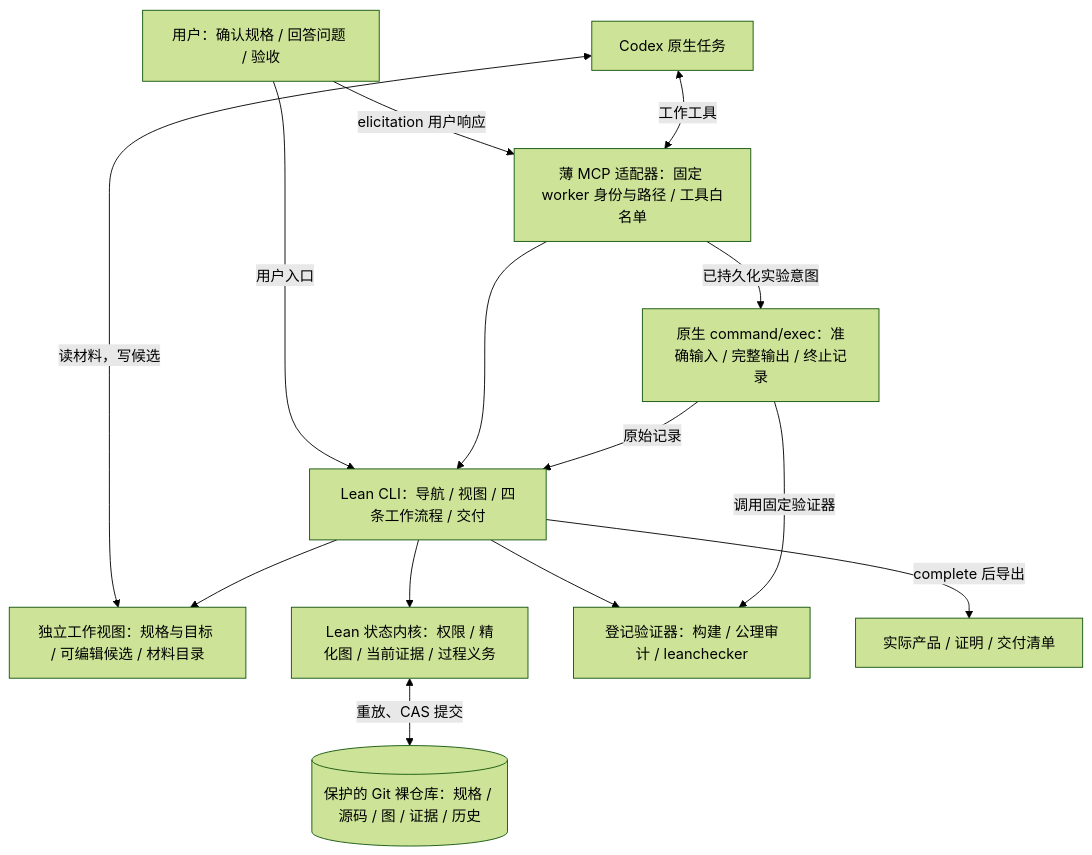
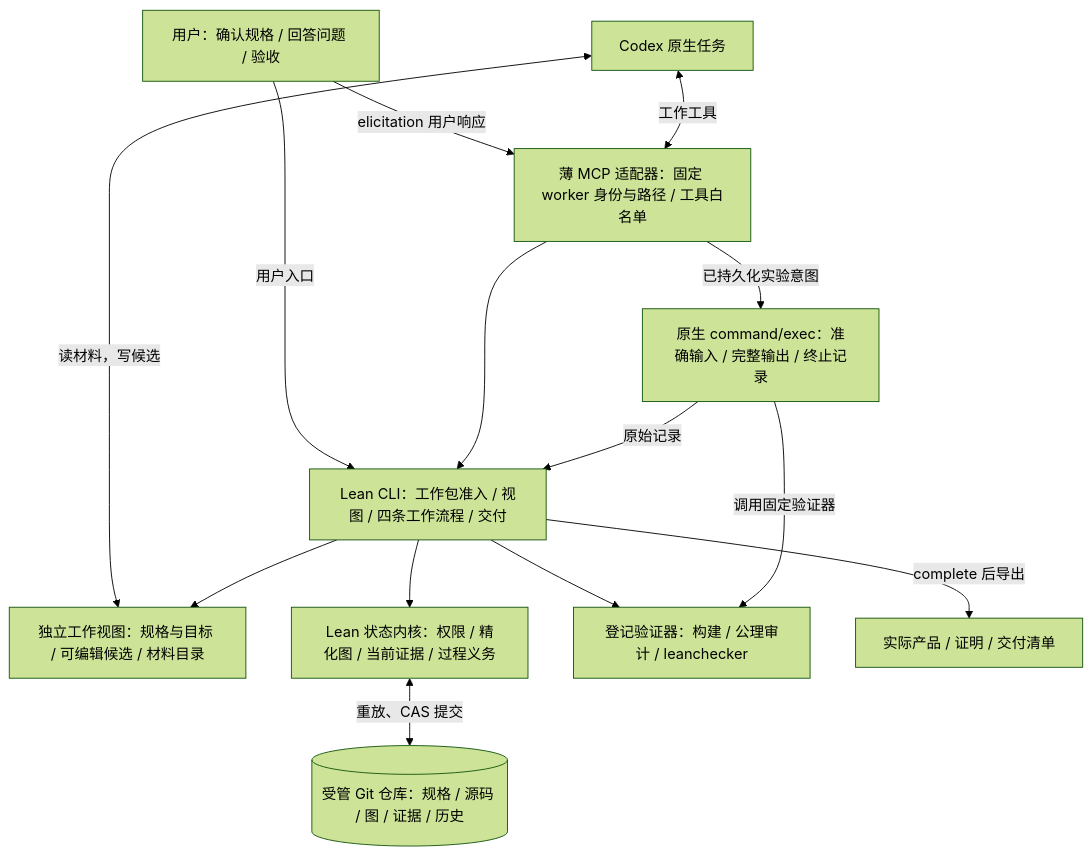
The diagram in docs/architecture.md (vorton-lang/axiward), drawn with Mermaid (forest theme) before and after one commit. The commit also changed other lines of this file and 24 other files, not shown here.

````diff
--- a/docs/architecture.md
+++ b/docs/architecture.md
@@ -5,26 +5,26 @@
 ```mermaid
 flowchart TD
     User[用户：确认规格 / 回答问题 / 验收]
     Agent[Codex 原生任务]
     View[独立工作视图：规格与目标 / 可编辑候选 / 材料目录]
     MCP[薄 MCP 适配器：固定 worker 身份与路径 / 工具白名单]
-    CLI[Lean CLI：导航 / 视图 / 四条工作流程 / 交付]
+    CLI[Lean CLI：工作包准入 / 视图 / 四条工作流程 / 交付]
     Kernel[Lean 状态内核：权限 / 精化图 / 当前证据 / 过程义务]
-    Git[(保护的 Git 裸仓库：规格 / 源码 / 图 / 证据 / 历史)]
+    Git[(受管 Git 仓库：规格 / 源码 / 图 / 证据 / 历史)]
     Verify[登记验证器：构建 / 公理审计 / leanchecker]
     Native[原生 command/exec：准确输入 / 完整输出 / 终止记录]
     Product[实际产品 / 证明 / 交付清单]
     User -->|用户入口| CLI
     User -->|elicitation 用户响应| MCP
     Agent <-->|读材料，写候选| View
     Agent <-->|工作工具| MCP
     MCP --> CLI
     CLI --> Kernel
     Kernel <-->|重放、CAS 提交| Git
     CLI --> Verify
     MCP -->|已持久化实验意图| Native
     Native -->|调用固定验证器| Verify
     Native -->|原始记录| CLI
     CLI --> View
     CLI -->|complete 后导出| Product
 ```
````
